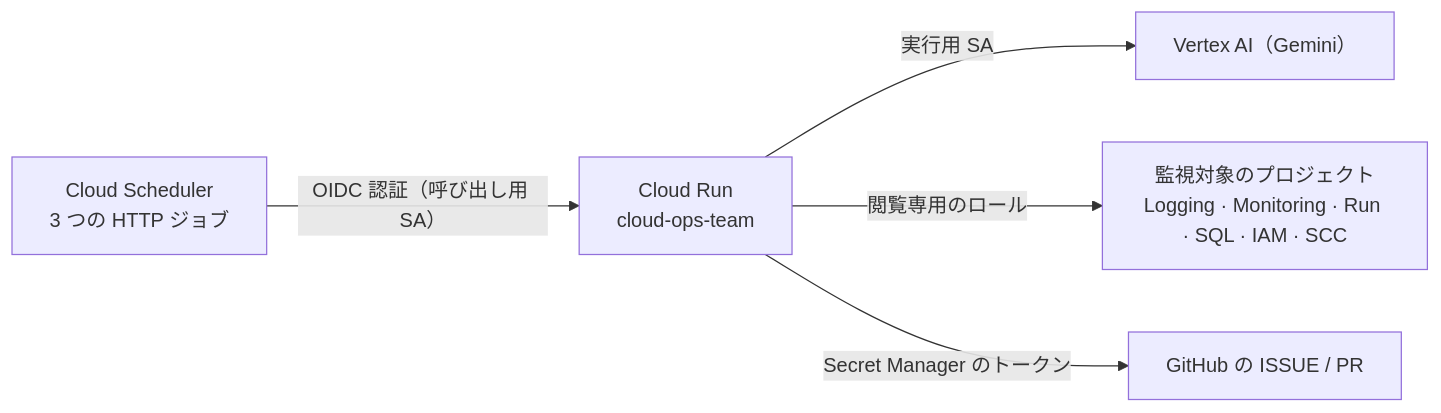
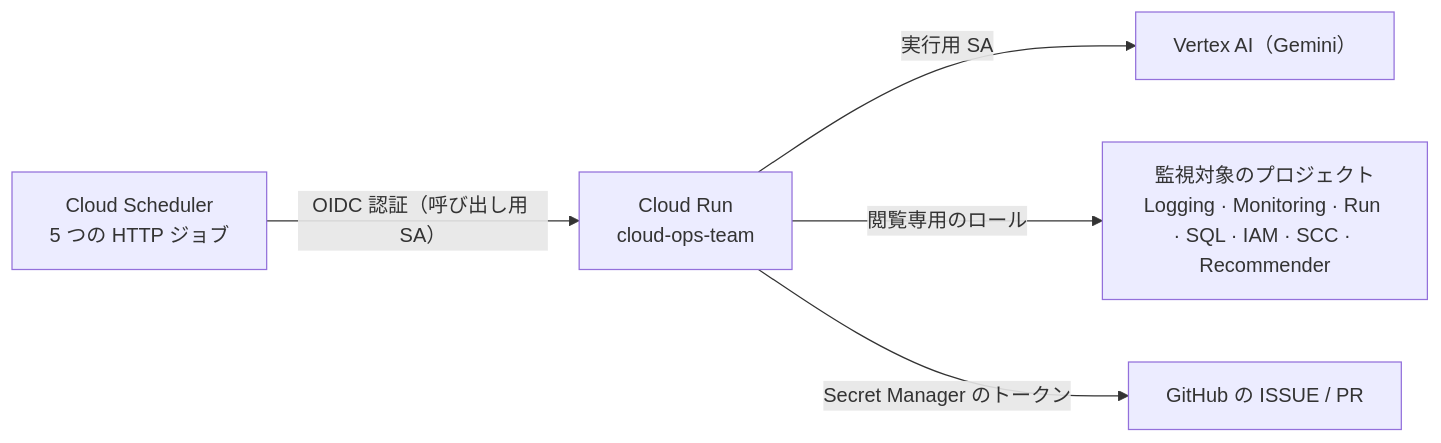
The diagram in docs/deployment-gcp.md (atsuki-sakai/cloud-ops-team), drawn with Mermaid before and after one commit. The commit also changed other lines of this file and 61 other files, not shown here.

````diff
--- a/docs/deployment-gcp.md
+++ b/docs/deployment-gcp.md
@@ -9,7 +10,7 @@
 ```mermaid
 flowchart LR
-    SCH["Cloud Scheduler<br/>3 つの HTTP ジョブ"] -- "OIDC 認証（呼び出し用 SA）" --> RUN["Cloud Run<br/>cloud-ops-team"]
+    SCH["Cloud Scheduler<br/>5 つの HTTP ジョブ"] -- "OIDC 認証（呼び出し用 SA）" --> RUN["Cloud Run<br/>cloud-ops-team"]
     RUN -- "実行用 SA" --> VTX["Vertex AI（Gemini）"]
-    RUN -- "閲覧専用のロール" --> TGT["監視対象のプロジェクト<br/>Logging · Monitoring · Run · SQL · IAM · SCC"]
+    RUN -- "閲覧専用のロール" --> TGT["監視対象のプロジェクト<br/>Logging · Monitoring · Run · SQL · IAM · SCC · Recommender"]
     RUN -- "Secret Manager のトークン" --> GH["GitHub の ISSUE / PR"]
 ```
````
